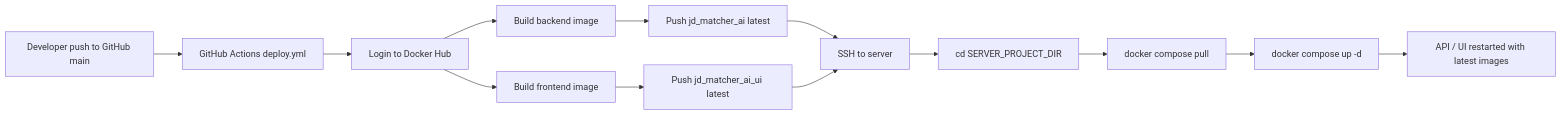
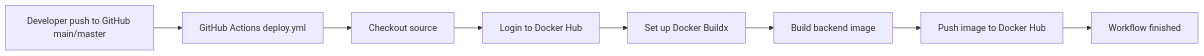
Before and after one commit to yayyaysu/jd_matcher_ai: the diagram in docs/CICD_pipeline.md, drawn with Mermaid. The commit also changed other lines of this file and 2 other files, not shown here.

````diff
--- a/docs/CICD_pipeline.md
+++ b/docs/CICD_pipeline.md
@@ -40,15 +40,10 @@
 ```mermaid
 flowchart LR
-	 A[Developer push to GitHub main] --> B[GitHub Actions deploy.yml]
-	 B --> C[Login to Docker Hub]
-	 C --> D[Build backend image]
-	 C --> E[Build frontend image]
-	 D --> F[Push jd_matcher_ai latest]
-	 E --> G[Push jd_matcher_ai_ui latest]
-	 F --> H[SSH to server]
-	 G --> H
-	 H --> I[cd SERVER_PROJECT_DIR]
-	 I --> J[docker compose pull]
-	 J --> K[docker compose up -d]
-	 K --> L[API / UI restarted with latest images]
+		A[Developer push to GitHub main/master] --> B[GitHub Actions deploy.yml]
+		B --> C[Checkout source]
+		C --> D[Login to Docker Hub]
+		D --> E[Set up Docker Buildx]
+		E --> F[Build backend image]
+		F --> G[Push image to Docker Hub]
+		G --> H[Workflow finished]
 ```
````
